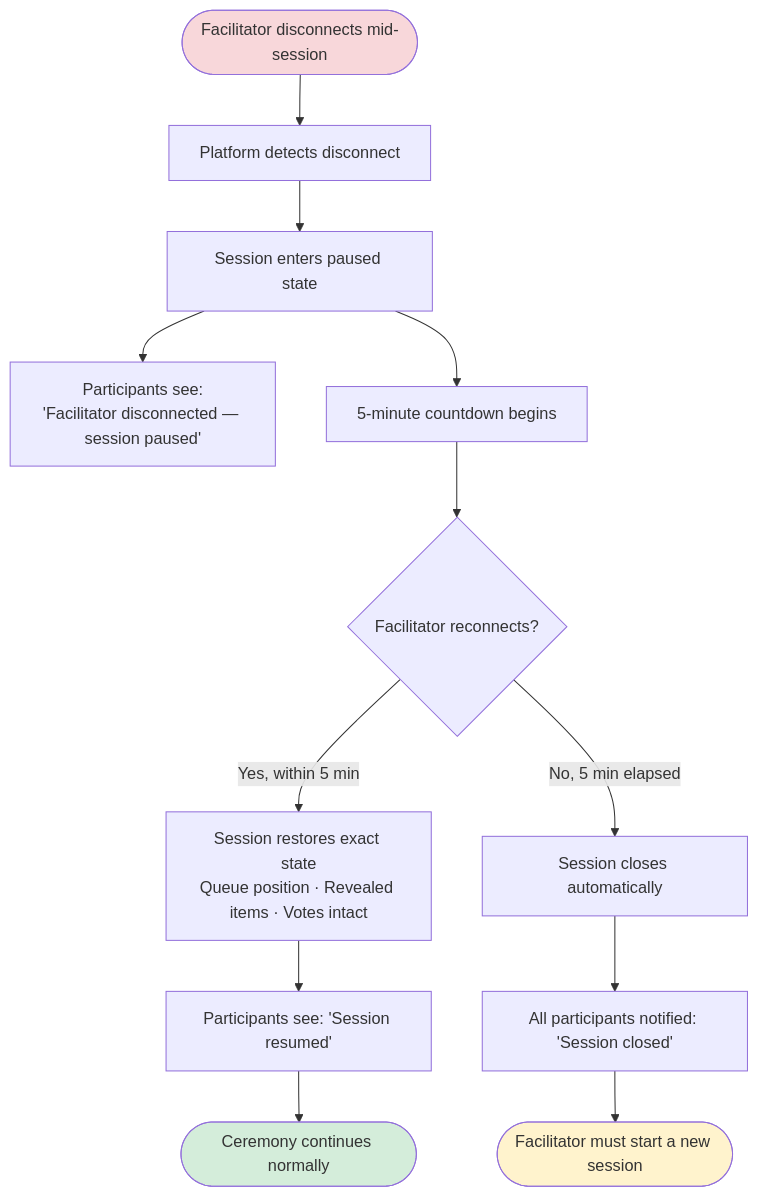
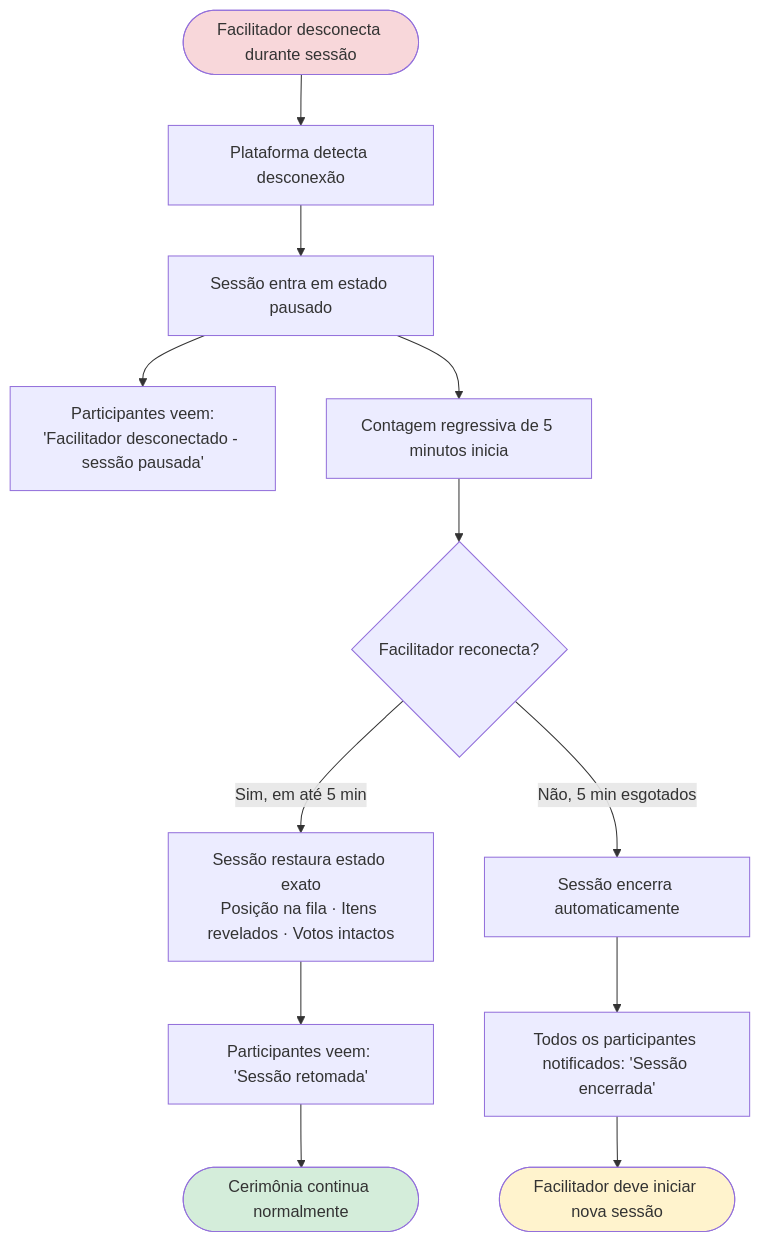
The fourth of 5 diagrams in case-poker/06.1-product-backlog-queue-voting.md (hugo-hsbtech/teamwork-process), drawn with Mermaid before and after one commit. The commit also changed other lines of this file and 64 other files, not shown here.

````diff
--- a/case-poker/06.1-product-backlog-queue-voting.md
+++ b/case-poker/06.1-product-backlog-queue-voting.md
@@ -133,20 +133,20 @@
 ```mermaid
 flowchart TD
-    A([Facilitator disconnects mid-session]) --> B[Platform detects disconnect]
-    B --> C[Session enters paused state]
-    C --> D[Participants see:\n'Facilitator disconnected — session paused']
-    C --> E[5-minute countdown begins]
+    A([Facilitador desconecta durante sessão]) --> B[Plataforma detecta desconexão]
+    B --> C[Sessão entra em estado pausado]
+    C --> D[Participantes veem:\n'Facilitador desconectado - sessão pausada']
+    C --> E[Contagem regressiva de 5 minutos inicia]
 
-    E --> F{Facilitator reconnects?}
-    F -- Yes, within 5 min --> G[Session restores exact state\nQueue position · Revealed items · Votes intact]
-    G --> H[Participants see: 'Session resumed']
-    H --> I([Ceremony continues normally])
+    E --> F{Facilitador reconecta?}
+    F -- Sim, em até 5 min --> G[Sessão restaura estado exato\nPosição na fila · Itens revelados · Votos intactos]
+    G --> H[Participantes veem: 'Sessão retomada']
+    H --> I([Cerimônia continua normalmente])
 
-    F -- No, 5 min elapsed --> J[Session closes automatically]
-    J --> K[All participants notified: 'Session closed']
-    K --> L([Facilitator must start a new session])
+    F -- Não, 5 min esgotados --> J[Sessão encerra automaticamente]
+    J --> K[Todos os participantes notificados: 'Sessão encerrada']
+    K --> L([Facilitador deve iniciar nova sessão])
 
     style A fill:#f8d7da
     style I fill:#d4edda
     style L fill:#fff3cd
 ```
````
